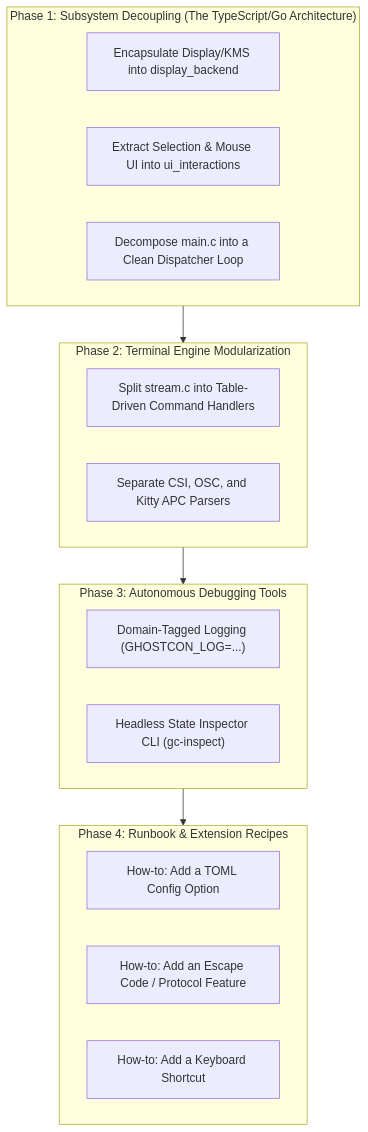
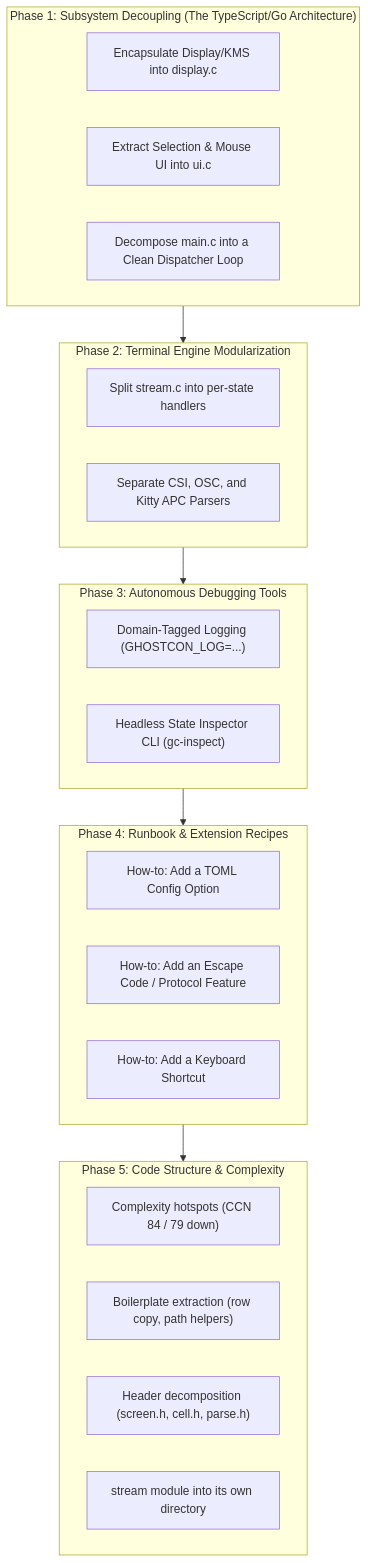
Before and after one commit to BashhScriptKid/ghostcon: the second of 2 diagrams in docs/REFACTOR_PLAN.md, drawn with Mermaid. The commit also changed other lines of this file, not shown here.

First line of the commit message:
Update the refactor plan with the Phase 5 status

````diff
--- a/docs/REFACTOR_PLAN.md
+++ b/docs/REFACTOR_PLAN.md
@@ -109,28 +121,36 @@
 ```mermaid
 graph TD
     subgraph P1 ["Phase 1: Subsystem Decoupling (The TypeScript/Go Architecture)"]
-        P1A["Encapsulate Display/KMS into display_backend"]
-        P1B["Extract Selection & Mouse UI into ui_interactions"]
+        P1A["Encapsulate Display/KMS into display.c"]
+        P1B["Extract Selection & Mouse UI into ui.c"]
         P1C["Decompose main.c into a Clean Dispatcher Loop"]
     end
 
     subgraph P2 ["Phase 2: Terminal Engine Modularization"]
-        P2A["Split stream.c into Table-Driven Command Handlers"]
+        P2A["Split stream.c into per-state handlers"]
         P2B["Separate CSI, OSC, and Kitty APC Parsers"]
     end
 
     subgraph P3 ["Phase 3: Autonomous Debugging Tools"]
         P3A["Domain-Tagged Logging (GHOSTCON_LOG=...)"]
         P3B["Headless State Inspector CLI (gc-inspect)"]
     end
 
     subgraph P4 ["Phase 4: Runbook & Extension Recipes"]
         P4A["How-to: Add a TOML Config Option"]
         P4B["How-to: Add an Escape Code / Protocol Feature"]
         P4C["How-to: Add a Keyboard Shortcut"]
     end
 
+    subgraph P5 ["Phase 5: Code Structure & Complexity"]
+        P5A["Complexity hotspots (CCN 84 / 79 down)"]
+        P5B["Boilerplate extraction (row copy, path helpers)"]
+        P5C["Header decomposition (screen.h, cell.h, parse.h)"]
+        P5D["stream module into its own directory"]
+    end
+
     P1 --> P2
     P2 --> P3
     P3 --> P4
+    P4 --> P5
 ```
````
